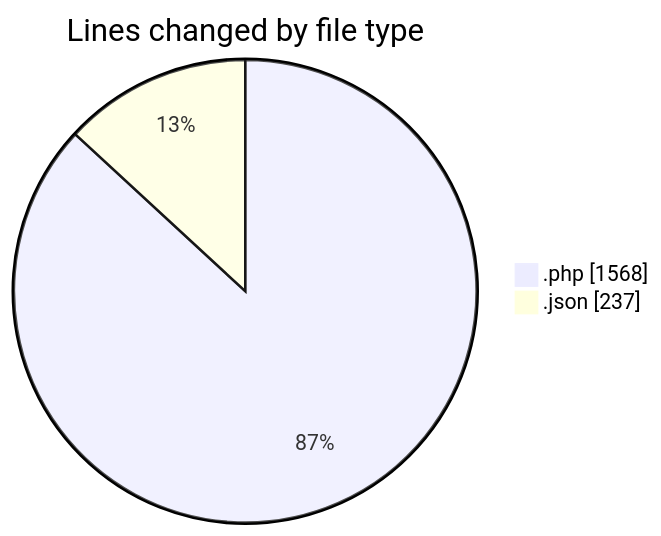
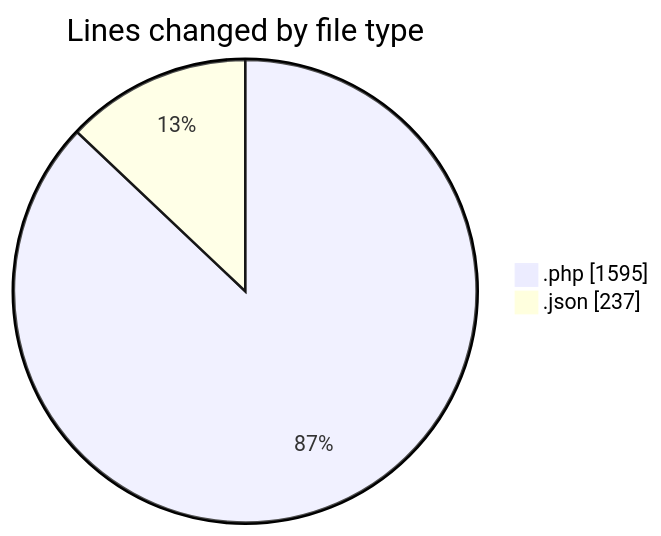
One commit to idhammustaqopulfikri/code-tracking changed the first of 2 diagrams in 2025-06-16/studio-backend/README.md. Above: the diagram before and after it, drawn with Mermaid. The commit also changed other lines of this file and 1 other file, not shown here.

````diff
--- a/2025-06-16/studio-backend/README.md
+++ b/2025-06-16/studio-backend/README.md
@@ -31,6 +32,6 @@
 ```mermaid
 pie showData
 title Lines changed by file type
-".php" : 1568
+".php" : 1595
 ".json" : 237
 ```
````
